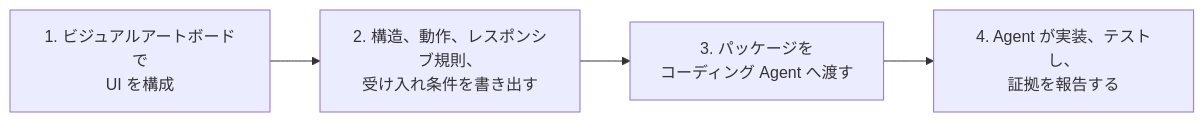
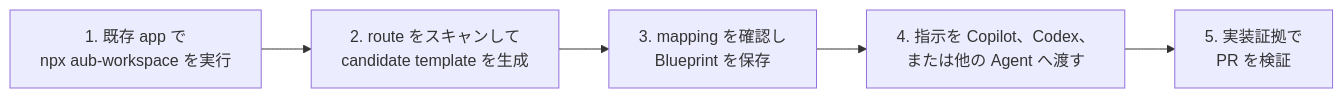
One commit to HenryLau1103/AUB changed the diagram in README.ja.md. Above: the diagram before and after it, drawn with Mermaid. The commit also changed other lines of this file and 31 other files, not shown here.

````diff
--- a/README.ja.md
+++ b/README.ja.md
@@ -26,6 +26,7 @@
 ```mermaid
 flowchart LR
-  A["1. ビジュアルアートボードで<br/>UI を構成"] --> B["2. 構造、動作、レスポンシブ規則、<br/>受け入れ条件を書き出す"]
-  B --> C["3. パッケージを<br/>コーディング Agent へ渡す"]
-  C --> D["4. Agent が実装、テストし、<br/>証拠を報告する"]
+  A["1. 既存 app で<br/>npx aub-workspace を実行"] --> B["2. route をスキャンして<br/>candidate template を生成"]
+  B --> C["3. mapping を確認し<br/>Blueprint を保存"]
+  C --> D["4. 指示を Copilot、Codex、<br/>または他の Agent へ渡す"]
+  D --> E["5. 実装証拠で<br/>PR を検証"]
 ```
````
